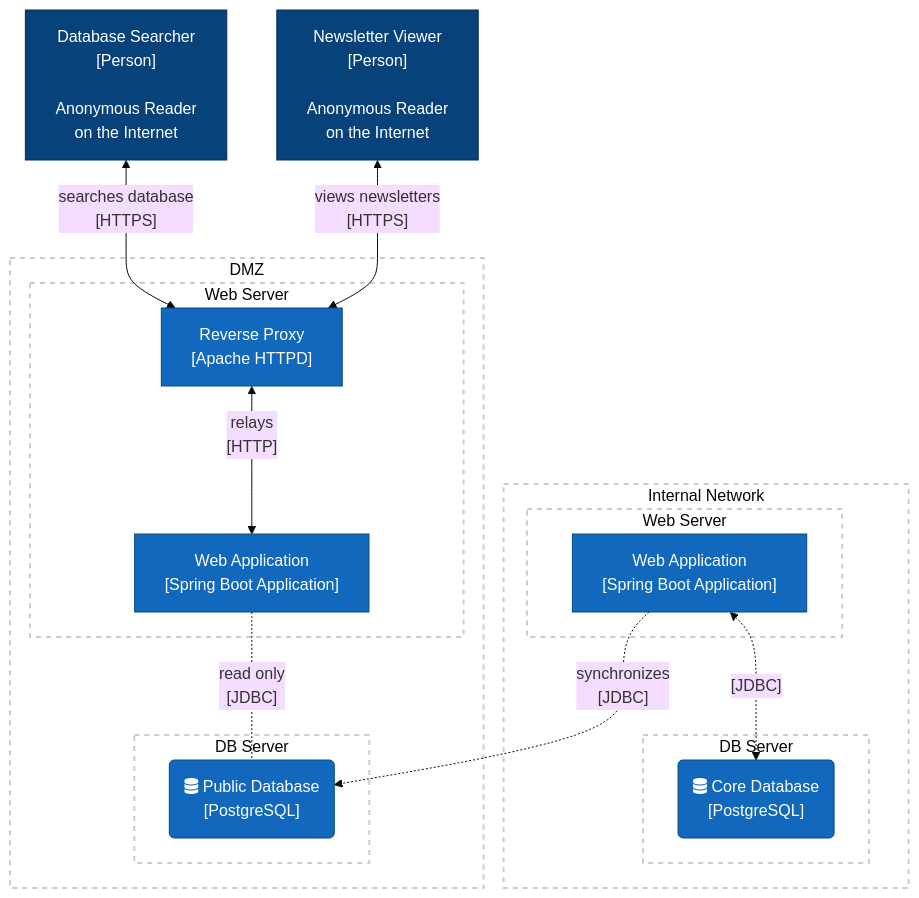
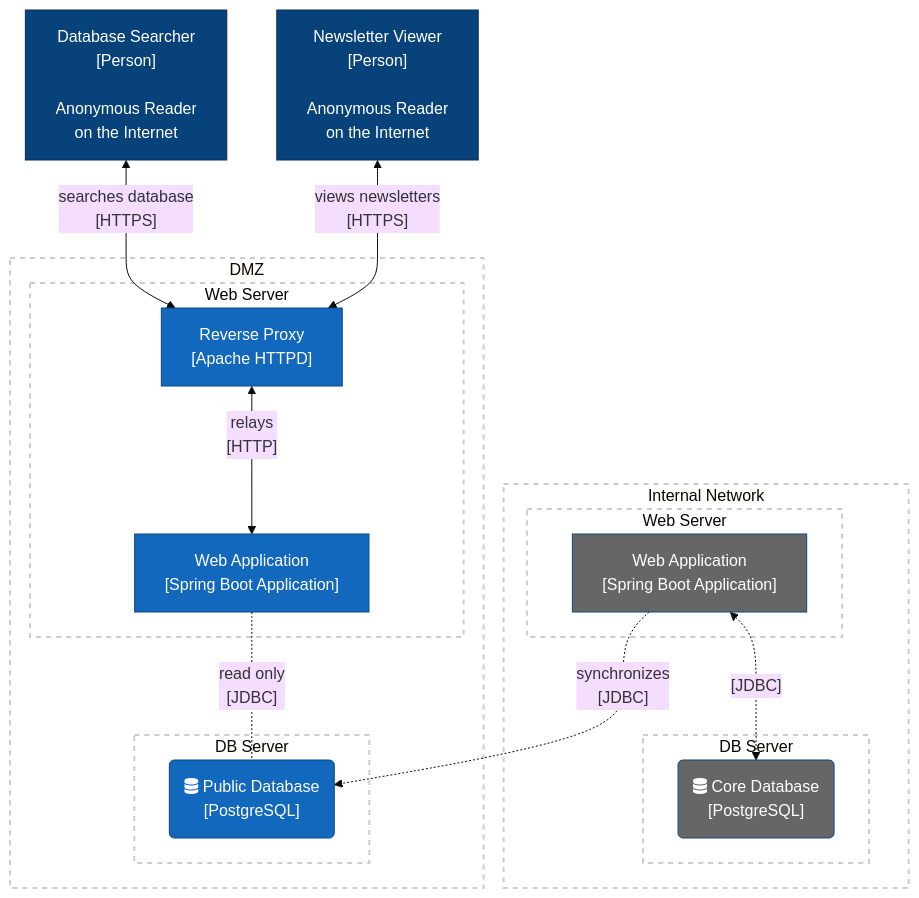
One commit to ursjoss/scipamato changed the third of 3 diagrams in README.adoc. Above: the diagram before and after it, drawn with Mermaid (base theme).

````diff
--- a/README.adoc
+++ b/README.adoc
@@ -113,46 +113,46 @@
 ```mermaid
 flowchart TD
   Searcher["Database Searcher<br/>[Person]<br/><br/>Anonymous Reader<br/>on the Internet"]
   Viewer["Newsletter Viewer<br/>[Person]<br/><br/>Anonymous Reader<br/>on the Internet"]
   subgraph dmz[DMZ]
     subgraph webserverp[Web Server]
       RP["Reverse Proxy<br/>[Apache HTTPD]"]
       SP["Web Application<br/>[Spring Boot Application]"]
       click SP href "https://www.swisstph.ch/en/projects/ludok/datenbanksuche" _blank
     end
     subgraph dbserverp[DB Server]
       SPDB("fas:fa-database Public Database<br/>[PostgreSQL]")
     end
   end
   
   subgraph internal[Internal Network]
     subgraph webserverc[Web Server]
       SC["Web Application<br/>[Spring Boot Application]"]
     end
     subgraph dbserverc[DB Server]
       SCDB("fas:fa-database Core Database<br/>[PostgreSQL]")
     end
     SC<-.->|"[JDBC]"|SCDB
   end
 
   Searcher<-->|"searches database<br/>[HTTPS]"|RP
   Viewer<-->|"views newsletters<br/>[HTTPS]"|RP
   
   RP<-->|"relays<br/>[HTTP]"|SP
   SP-.-|"read only<br/>[JDBC]"|SPDB
   SC-.->|"synchronizes<br/>[JDBC]"|SPDB
   
   classDef container fill:#1168bd,stroke:#0b4884,color:#ffffff
   classDef supportingSystem fill:#666,stroke:#0b4884,color:#ffffff
   classDef person fill:#08427b,stroke:#052e56,color:#ffffff
 
   class Searcher,Viewer,CoreUser person
-  class SP,RP,SPDB,SC,SCDB container
+  class SP,RP,SPDB container
+  class SC,SCDB supportingSystem
 
   classDef boundary fill:none,stroke:#CCC,stroke-width:2px,stroke-dasharray: 5 5
   class dmz,internal boundary
 
   classDef server fill:none,stroke:#CCC,stroke-width:2px,stroke-dasharray: 5 5
   class dbserverp,dbserverc,webserverp,webserverc server
-
 ```
````
